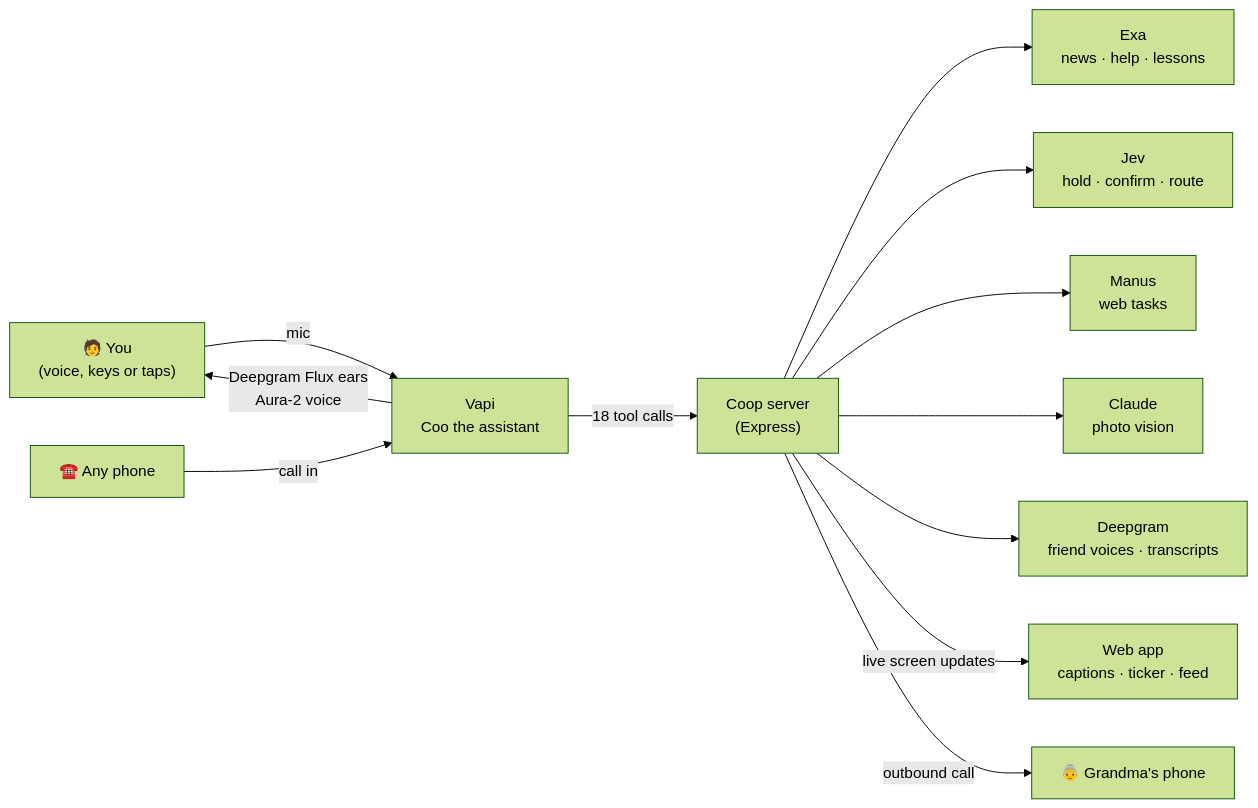
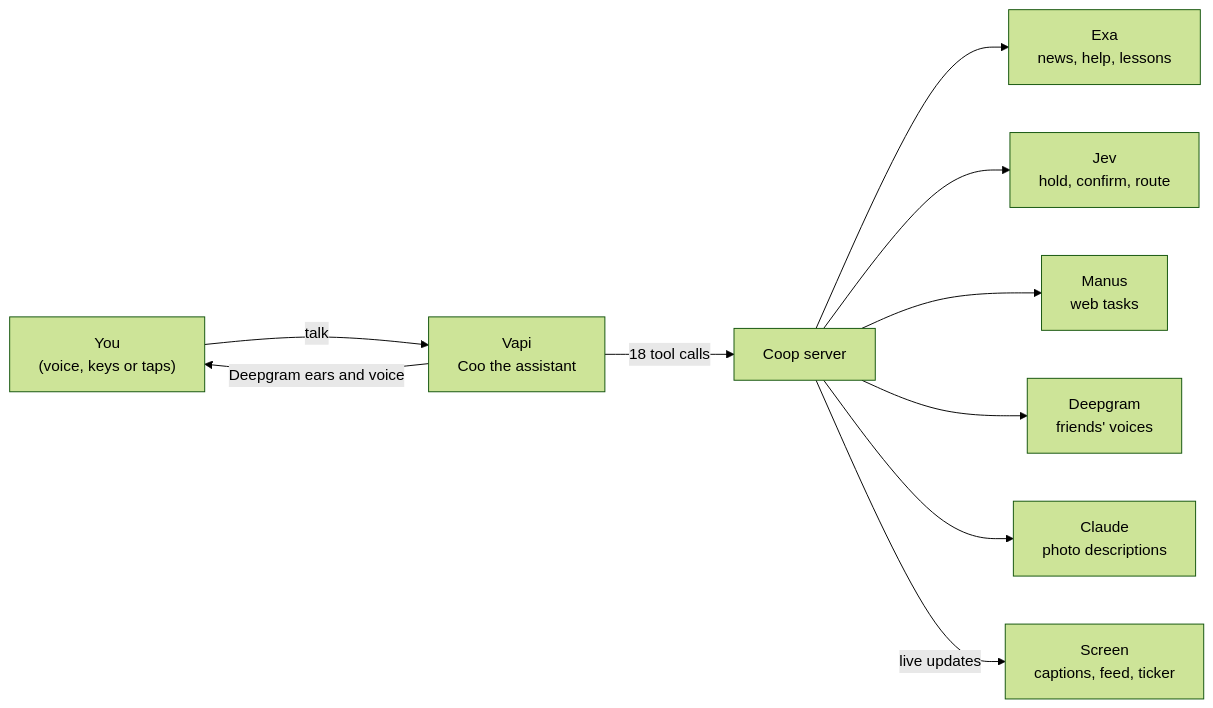
One commit to arushiSH5-cyber/thecoop changed the diagram in README.md. Above: the diagram before and after it, drawn with Mermaid (forest theme). The commit also changed other lines of this file and 22 other files, not shown here.

````diff
--- a/README.md
+++ b/README.md
@@ -79,14 +104,12 @@
 ```mermaid
 flowchart LR
-    U["🧑 You<br/>(voice, keys or taps)"] -- mic --> V["Vapi<br/>Coo the assistant"]
-    P["☎️ Any phone"] -- call in --> V
-    V -- Deepgram Flux ears<br/>Aura-2 voice --> U
-    V -- 18 tool calls --> S["Coop server<br/>(Express)"]
-    S --> E["Exa<br/>news · help · lessons"]
-    S --> J["Jev<br/>hold · confirm · route"]
+    U["You<br/>(voice, keys or taps)"] -- talk --> V["Vapi<br/>Coo the assistant"]
+    V -- "Deepgram ears and voice" --> U
+    V -- "18 tool calls" --> S["Coop server"]
+    S --> E["Exa<br/>news, help, lessons"]
+    S --> J["Jev<br/>hold, confirm, route"]
     S --> M["Manus<br/>web tasks"]
-    S --> C["Claude<br/>photo vision"]
-    S --> D["Deepgram<br/>friend voices · transcripts"]
-    S -- live screen updates --> W["Web app<br/>captions · ticker · feed"]
-    S -- outbound call --> G["👵 Grandma's phone"]
+    S --> D["Deepgram<br/>friends' voices"]
+    S --> C["Claude<br/>photo descriptions"]
+    S -- "live updates" --> W["Screen<br/>captions, feed, ticker"]
 ```
````
